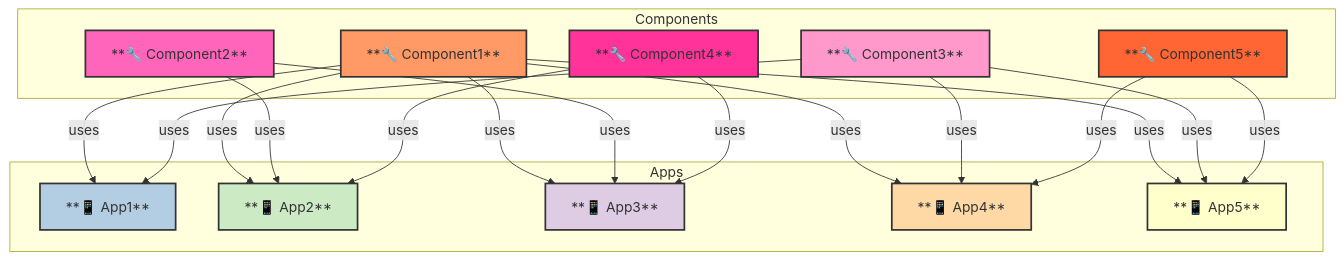
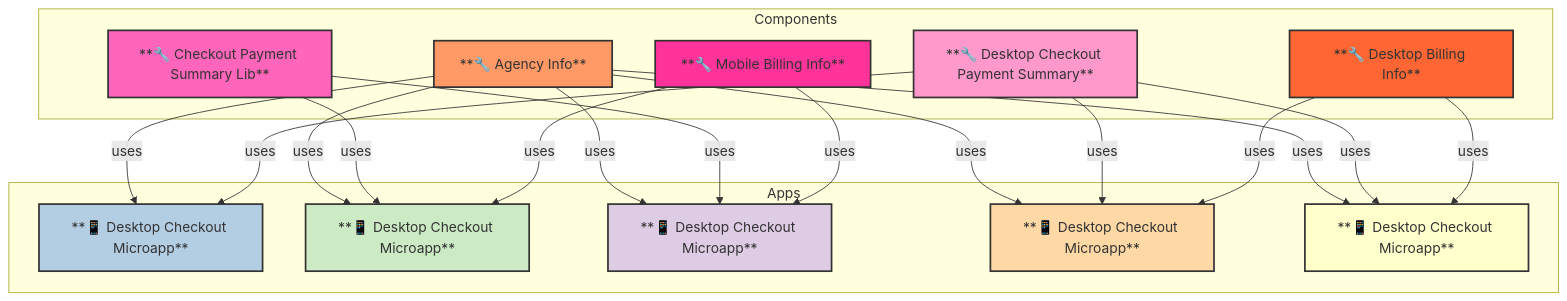
One commit to tavisca-gkochar/gkochar-tavisca.com changed the first of 3 diagrams in testdependency.md. Above: the diagram before and after it, drawn with Mermaid. The commit also changed other lines of this file, not shown here.

````diff
--- a/testdependency.md
+++ b/testdependency.md
@@ -5,48 +5,48 @@
 ```mermaid
 graph TD;
     %% Define subgraph Components
     subgraph Components
-        C1[**🔧 Component1**]
-        C2[**🔧 Component2**]
-        C3[**🔧 Component3**]
-        C4[**🔧 Component4**]
-        C5[**🔧 Component5**]
+        C1[**🔧 Agency Info**]
+        C2[**🔧 Checkout Payment Summary Lib**]
+        C3[**🔧 Desktop Checkout Payment Summary**]
+        C4[**🔧 Mobile Billing Info**]
+        C5[**🔧 Desktop Billing Info**]
     end
 
     subgraph Apps
-        A1[**📱 App1**]
-        A2[**📱 App2**]
-        A3[**📱 App3**]
-        A4[**📱 App4**]
-        A5[**📱 App5**]
+        A1[**📱 Desktop Checkout Microapp**]
+        A2[**📱 Desktop Checkout Microapp**]
+        A3[**📱 Desktop Checkout Microapp**]
+        A4[**📱 Desktop Checkout Microapp**]
+        A5[**📱 Desktop Checkout Microapp**]
     end
 
     %% Define relationships
     C1 -->|uses| A1;
     C1 -->|uses| A2;
     C1 -->|uses| A3;
     C1 -->|uses| A4;
     C1 -->|uses| A5;
     C2 -->|uses| A2;
     C2 -->|uses| A3;
     C3 -->|uses| A1;
     C3 -->|uses| A4;
     C3 -->|uses| A5;
     C4 -->|uses| A2;
     C4 -->|uses| A3;
     C5 -->|uses| A4;
     C5 -->|uses| A5;
 
     %% Adding styles and theming
     style C1 fill:#f96,stroke:#333,stroke-width:2px;
     style C2 fill:#f6b,stroke:#333,stroke-width:2px;
     style C3 fill:#f9c,stroke:#333,stroke-width:2px;
     style C4 fill:#f39,stroke:#333,stroke-width:2px;
     style C5 fill:#f63,stroke:#333,stroke-width:2px;
 
     style A1 fill:#b3cde3,stroke:#333,stroke-width:2px;
     style A2 fill:#ccebc5,stroke:#333,stroke-width:2px;
     style A3 fill:#decbe4,stroke:#333,stroke-width:2px;
     style A4 fill:#fed9a6,stroke:#333,stroke-width:2px;
     style A5 fill:#ffffcc,stroke:#333,stroke-width:2px;
 ```
````
